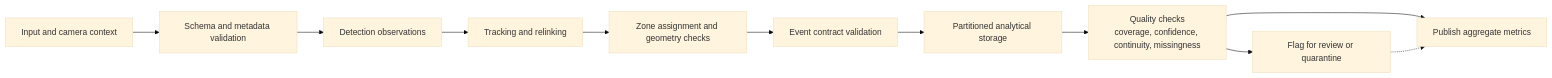
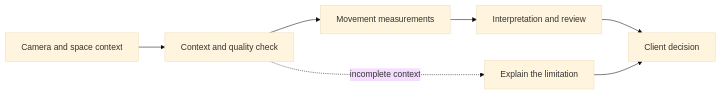
One commit to arielabade/visppy-cv changed the second of 2 diagrams in docs/architecture.md. Above: the diagram before and after it, drawn with Mermaid (base theme). The commit also changed other lines of this file and 27 other files, not shown here.

````diff
--- a/docs/architecture.md
+++ b/docs/architecture.md
@@ -53,13 +17,9 @@
 ```mermaid
 flowchart LR
-    INPUT[Input and camera context] --> CONTRACT[Schema and metadata validation]
-    CONTRACT --> DETECTION[Detection observations]
-    DETECTION --> TRACKING[Tracking and relinking]
-    TRACKING --> SPATIAL[Zone assignment and geometry checks]
-    SPATIAL --> EVENTS[Event contract validation]
-    EVENTS --> STORAGE[Partitioned analytical storage]
-    STORAGE --> QC[Quality checks<br/>coverage, confidence, continuity, missingness]
-    QC --> PUBLISH[Publish aggregate metrics]
-    QC --> REVIEW[Flag for review or quarantine]
-    REVIEW -.-> PUBLISH
+    INPUT[Camera and space context] --> CHECK[Context and quality check]
+    CHECK --> MEASURE[Movement measurements]
+    MEASURE --> REVIEW[Interpretation and review]
+    REVIEW --> OUTPUT[Client decision]
+    CHECK -. incomplete context .-> LIMIT[Explain the limitation]
+    LIMIT --> OUTPUT
 ```
````
